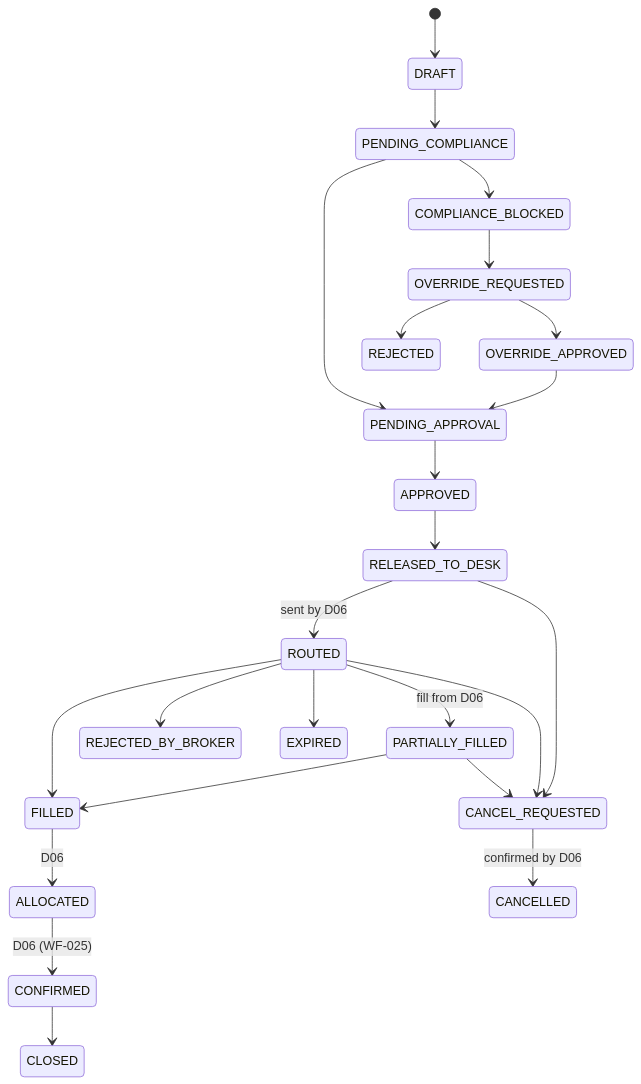
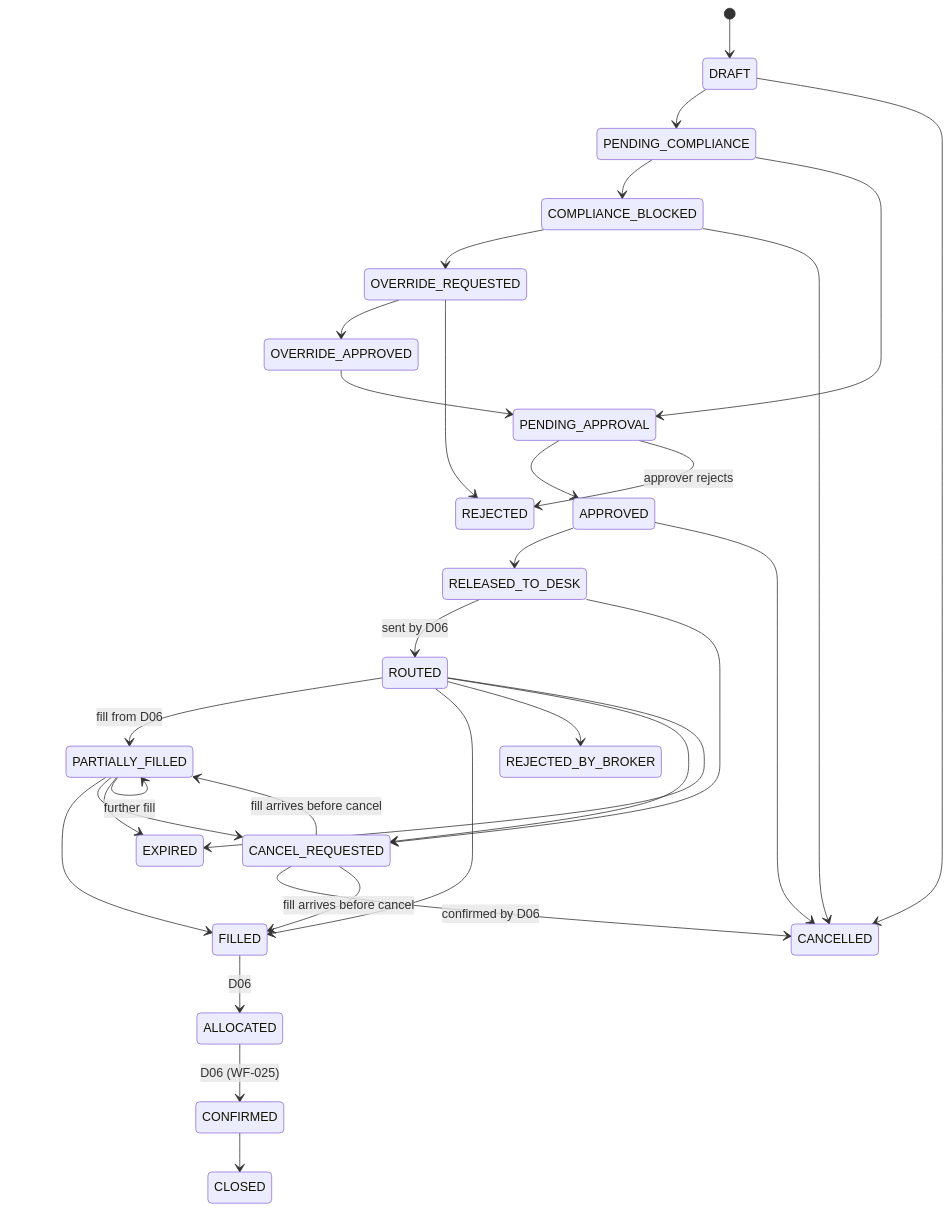
The diagram in docs/03_product_requirements/PRD-005_order_management.md (suchitdubey7/AMC-OS), drawn with Mermaid before and after one commit. The commit also changed other lines of this file and 5 other files, not shown here.

````diff
--- a/docs/03_product_requirements/PRD-005_order_management.md
+++ b/docs/03_product_requirements/PRD-005_order_management.md
@@ -83,26 +83,34 @@
 ```mermaid
 stateDiagram-v2
   [*] --> DRAFT
   DRAFT --> PENDING_COMPLIANCE
+  DRAFT --> CANCELLED
   PENDING_COMPLIANCE --> COMPLIANCE_BLOCKED
+  PENDING_COMPLIANCE --> PENDING_APPROVAL
   COMPLIANCE_BLOCKED --> OVERRIDE_REQUESTED
+  COMPLIANCE_BLOCKED --> CANCELLED
   OVERRIDE_REQUESTED --> OVERRIDE_APPROVED
   OVERRIDE_REQUESTED --> REJECTED
   OVERRIDE_APPROVED --> PENDING_APPROVAL
-  PENDING_COMPLIANCE --> PENDING_APPROVAL
   PENDING_APPROVAL --> APPROVED
+  PENDING_APPROVAL --> REJECTED: approver rejects
   APPROVED --> RELEASED_TO_DESK
+  APPROVED --> CANCELLED
   RELEASED_TO_DESK --> ROUTED: sent by D06
+  RELEASED_TO_DESK --> CANCEL_REQUESTED
   ROUTED --> PARTIALLY_FILLED: fill from D06
+  ROUTED --> FILLED
+  ROUTED --> REJECTED_BY_BROKER
+  ROUTED --> CANCEL_REQUESTED
+  ROUTED --> EXPIRED
+  PARTIALLY_FILLED --> PARTIALLY_FILLED: further fill
   PARTIALLY_FILLED --> FILLED
-  ROUTED --> FILLED
+  PARTIALLY_FILLED --> CANCEL_REQUESTED
+  PARTIALLY_FILLED --> EXPIRED
+  CANCEL_REQUESTED --> CANCELLED: confirmed by D06
+  CANCEL_REQUESTED --> PARTIALLY_FILLED: fill arrives before cancel
+  CANCEL_REQUESTED --> FILLED: fill arrives before cancel
   FILLED --> ALLOCATED: D06
   ALLOCATED --> CONFIRMED: D06 (WF-025)
   CONFIRMED --> CLOSED
-  ROUTED --> REJECTED_BY_BROKER
-  RELEASED_TO_DESK --> CANCEL_REQUESTED
-  ROUTED --> CANCEL_REQUESTED
-  PARTIALLY_FILLED --> CANCEL_REQUESTED
-  CANCEL_REQUESTED --> CANCELLED: confirmed by D06
-  ROUTED --> EXPIRED
 ```
````
